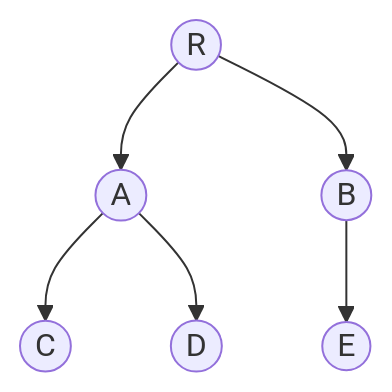
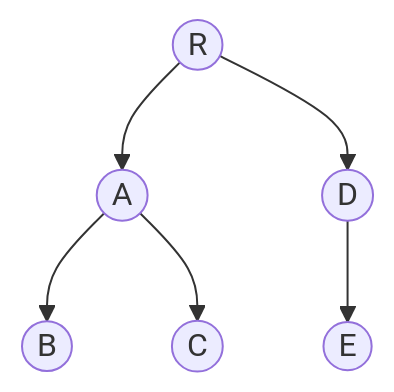
One commit to Icker/blog changed the second of 2 diagrams in 数据结构与算法/数据结构与算法概述.md. Above: the diagram before and after it, drawn with Mermaid. The commit also changed other lines of this file, not shown here.

````diff
--- a/数据结构与算法/数据结构与算法概述.md
+++ b/数据结构与算法/数据结构与算法概述.md
@@ -524,8 +596,8 @@
 ```mermaid
 graph TD
 r((R))-->a((A))
-r-->b((B))
-b-->e((E))
+a-->b((B))
 a-->c((C))
-a-->d((D))
+r-->d((D))
+d-->e((E))
 ```
````
